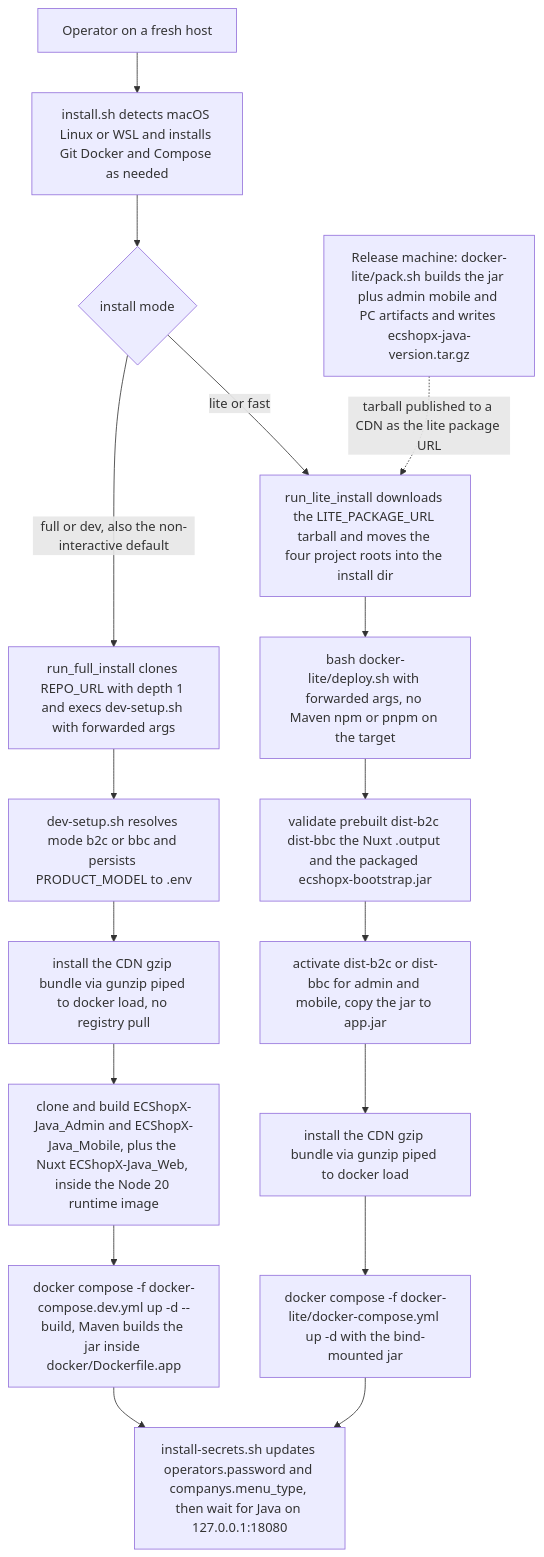
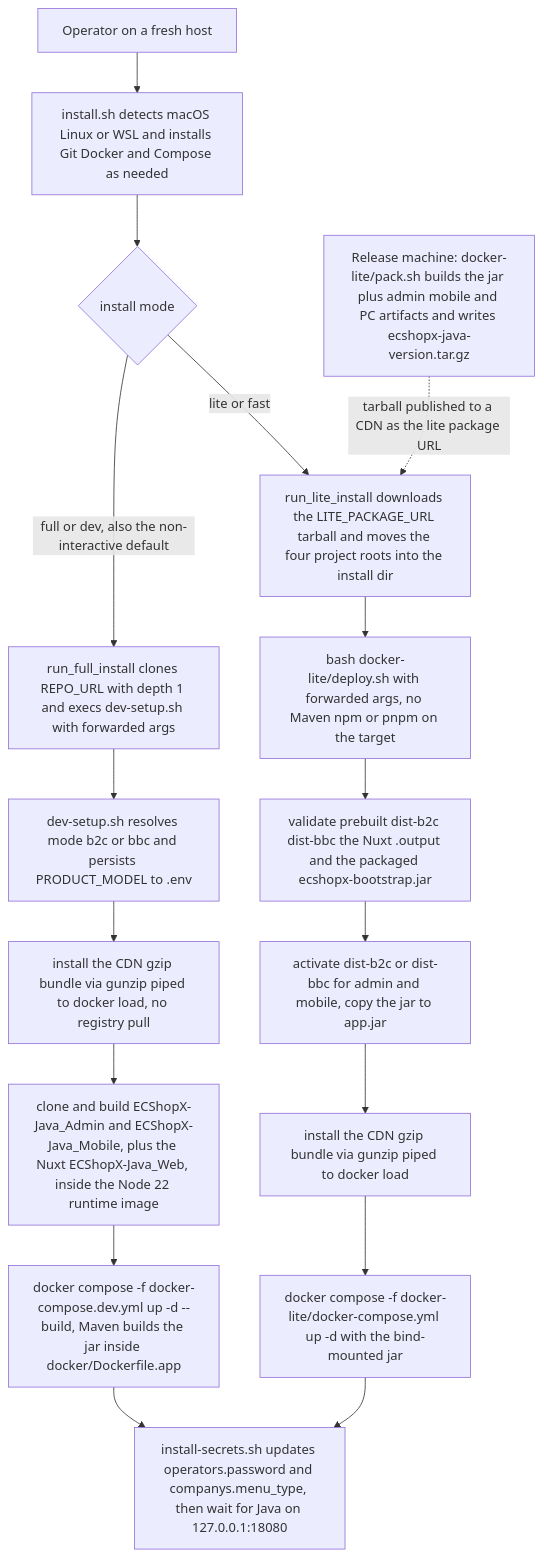
Before and after one commit to ShopeX/ECShopX-Java: the first of 2 diagrams in openwiki/operations/deployment.md, drawn with Mermaid. The commit also changed other lines of this file and 321 other files, not shown here.

````diff
--- a/openwiki/operations/deployment.md
+++ b/openwiki/operations/deployment.md
@@ -69,19 +73,19 @@
 ```mermaid
 flowchart TD
     USER["Operator on a fresh host"] --> IS["install.sh detects macOS Linux or WSL and installs Git Docker and Compose as needed"]
     IS --> MODE{"install mode"}
     MODE -->|"full or dev, also the non-interactive default"| FULL["run_full_install clones REPO_URL with depth 1 and execs dev-setup.sh with forwarded args"]
     MODE -->|"lite or fast"| LITE["run_lite_install downloads the LITE_PACKAGE_URL tarball and moves the four project roots into the install dir"]
     FULL --> DEVSETUP["dev-setup.sh resolves mode b2c or bbc and persists PRODUCT_MODEL to .env"]
     DEVSETUP --> IMGD["install the CDN gzip bundle via gunzip piped to docker load, no registry pull"]
-    IMGD --> FE["clone and build ECShopX-Java_Admin and ECShopX-Java_Mobile, plus the Nuxt ECShopX-Java_Web, inside the Node 20 runtime image"]
+    IMGD --> FE["clone and build ECShopX-Java_Admin and ECShopX-Java_Mobile, plus the Nuxt ECShopX-Java_Web, inside the Node 22 runtime image"]
     FE --> DEVC["docker compose -f docker-compose.dev.yml up -d --build, Maven builds the jar inside docker/Dockerfile.app"]
     LITE --> DEPLOY["bash docker-lite/deploy.sh with forwarded args, no Maven npm or pnpm on the target"]
     DEPLOY --> PRE["validate prebuilt dist-b2c dist-bbc the Nuxt .output and the packaged ecshopx-bootstrap.jar"]
     PRE --> ACT["activate dist-b2c or dist-bbc for admin and mobile, copy the jar to app.jar"]
     ACT --> IMGL["install the CDN gzip bundle via gunzip piped to docker load"]
     IMGL --> LITEC["docker compose -f docker-lite/docker-compose.yml up -d with the bind-mounted jar"]
     DEVC --> POST["install-secrets.sh updates operators.password and companys.menu_type, then wait for Java on 127.0.0.1:18080"]
     LITEC --> POST
     PACK["Release machine: docker-lite/pack.sh builds the jar plus admin mobile and PC artifacts and writes ecshopx-java-version.tar.gz"] -.->|"tarball published to a CDN as the lite package URL"| LITE
 ```
````
